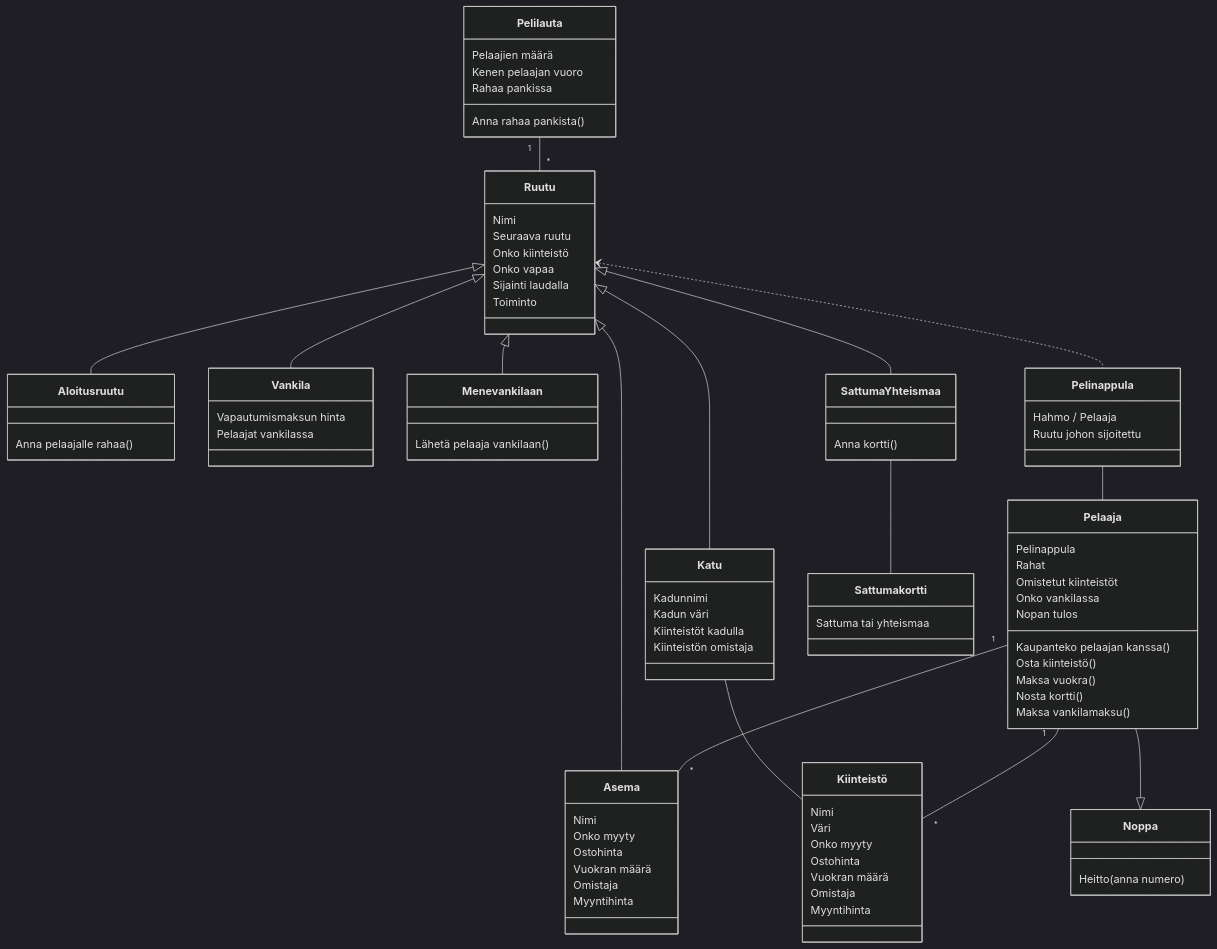
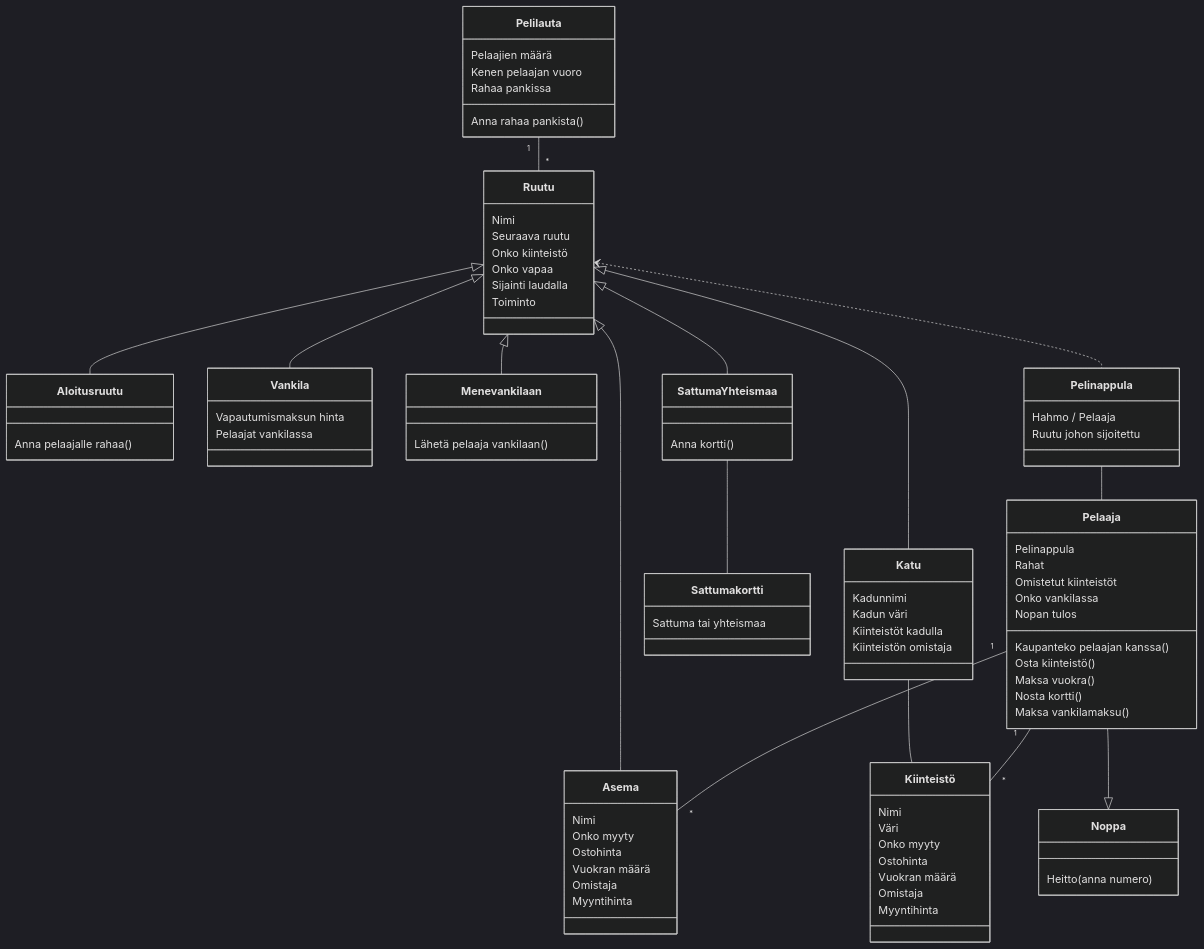
Before and after one commit to kodtld/TravelHub: the diagram in laskarit/viikko3/luokkakaavio.md, drawn with Mermaid (dark theme).

```diff
--- a/laskarit/viikko3/luokkakaavio.md
+++ b/laskarit/viikko3/luokkakaavio.md
@@ -6,15 +6,16 @@
       Ruutu  <|-- Vankila
       Ruutu  <|-- Menevankilaan
       Ruutu  <|-- SattumaYhteismaa
+      SattumaYhteismaa -- Sattumakortti 
       Ruutu  <|-- Asema
       Ruutu  <|-- Katu
+      Katu -- Kiinteistö
       Pelilauta "1" -- "*" Ruutu
-      Katu -- Kiinteistö
       Pelaaja "1" -- "*" Kiinteistö
       Pelaaja "1" -- "*" Asema
       Pelinappula -- Pelaaja
       Ruutu <.. Pelinappula
-      SattumaYhteismaa -- Sattumakortti 
+      
 
       Pelilauta : Pelaajien määrä  
       Pelilauta : Kenen pelaajan vuoro
```
